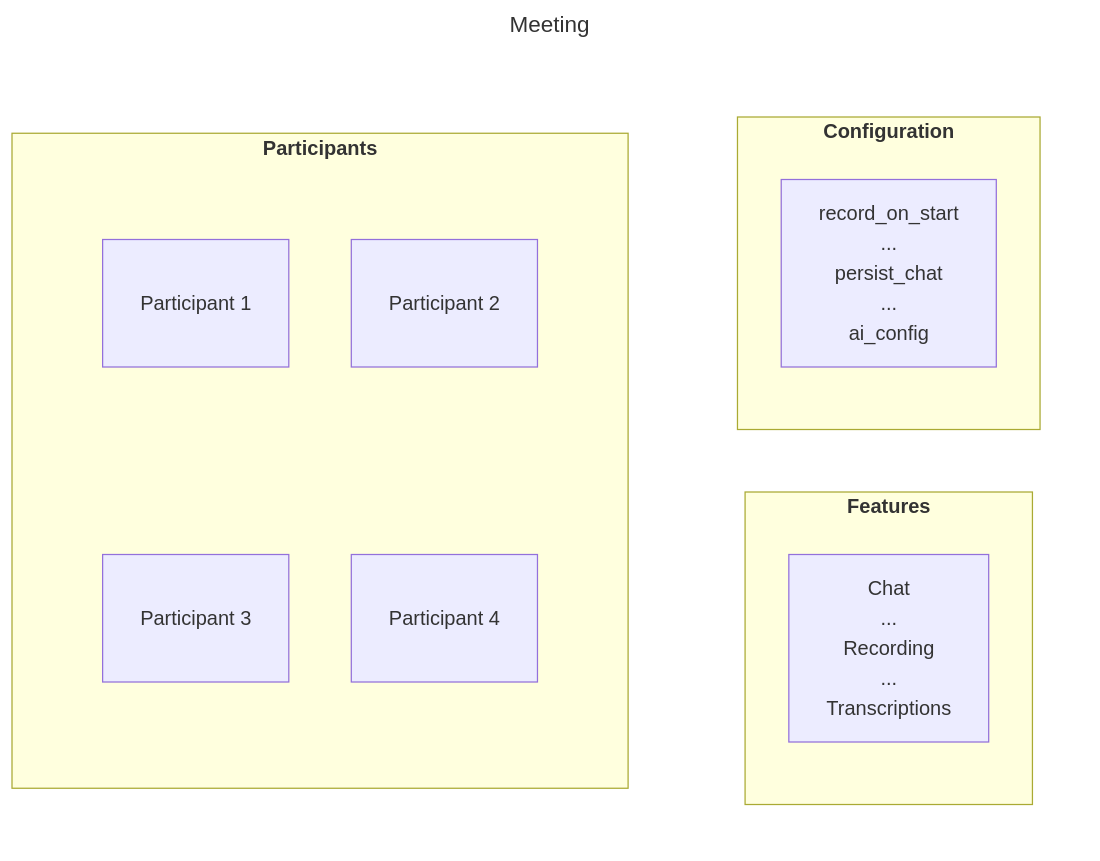
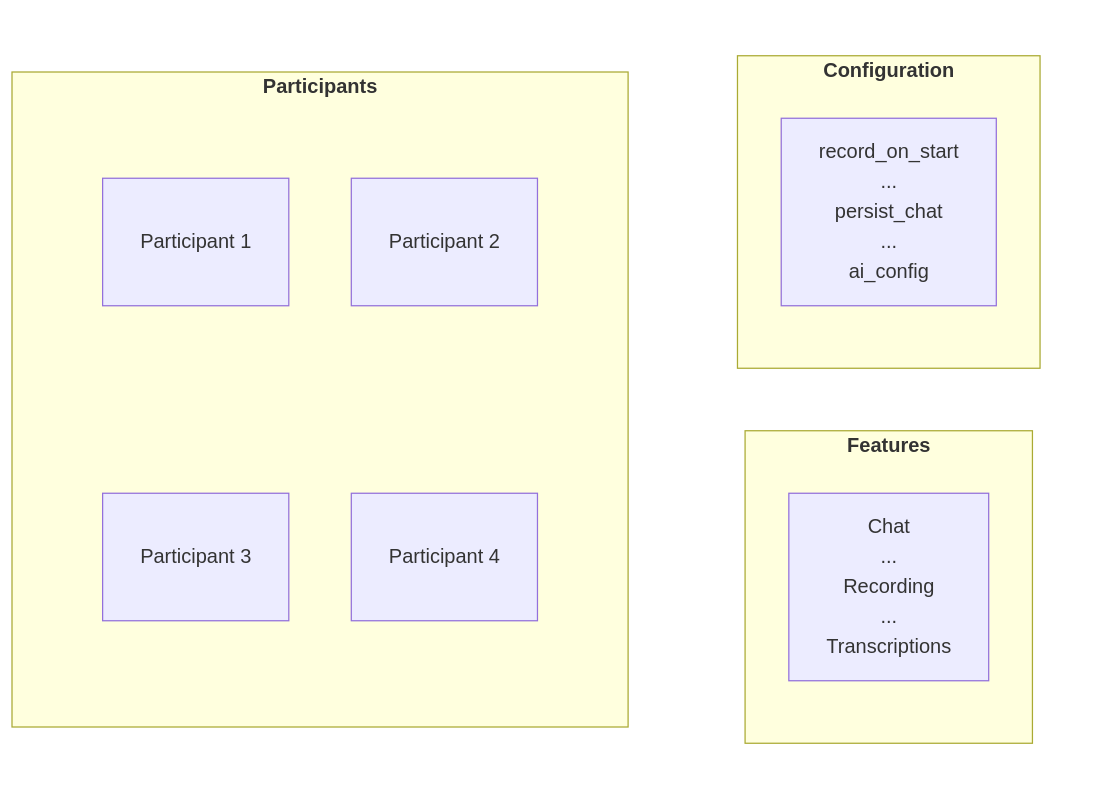
Before and after one commit to cloudflare/cloudflare-docs: the diagram in src/content/docs/realtime/realtimekit/concepts/meeting.mdx, drawn with Mermaid. The commit also changed other lines of this file and 105 other files, not shown here.

Commit message:
migrate existing mermaid diagrams to MermaidDiagram component

`````diff
--- a/src/content/docs/realtime/realtimekit/concepts/meeting.mdx
+++ b/src/content/docs/realtime/realtimekit/concepts/meeting.mdx
@@ -19,44 +20,42 @@
 ```mermaid
----
-title: Meeting
----
 flowchart TB
   accTitle: Meeting blueprint
   accDescr: Diagram showing blueprint of a Meeting
 
-  subgraph details [ ]
-      direction LR
-      subgraph feat ["<b>Features</b>"]
-          feat-content["Chat<br>...<br>Recording<br>...<br>Transcriptions"]
-      end
-      subgraph config ["<b>Configuration</b>"]
-          config-content["record_on_start<br>...<br>persist_chat<br>...<br>ai_config"]
-      end
-  end
+subgraph details [ ]
+direction LR
+subgraph feat ["<b>Features</b>"]
+feat-content["Chat<br>...<br>Recording<br>...<br>Transcriptions"]
+end
+subgraph config ["<b>Configuration</b>"]
+config-content["record_on_start<br>...<br>persist_chat<br>...<br>ai_config"]
+end
+end
 
-  subgraph participants ["<b>Participants</b>"]
-      direction LR
-      subgraph participats-row2 [ ]
-          direction TB
-          P3["<br>Participant 3
-          <br>
-          "]
-          P4["<br>Participant 4
-          <br>
-          "]
-      end
-      subgraph participats-row1 [ ]
-          direction TB
-          P1["<br>Participant 1
-          <br>
-          "]
-          P2["<br>Participant 2
-          <br>
-          "]
-      end
-  end
+subgraph participants ["<b>Participants</b>"]
+direction LR
+subgraph participats-row2 [ ]
+direction TB
+P3["<br>Participant 3
+<br>
+"]
+P4["<br>Participant 4
+<br>
+"]
+end
+subgraph participats-row1 [ ]
+direction TB
+P1["<br>Participant 1
+<br>
+"]
+P2["<br>Participant 2
+<br>
+"]
+end
+end
 
-  style participats-row1 fill:none,stroke:none
-  style participats-row2 fill:none,stroke:none
-  style details fill:none,stroke:none
-```
+style participats-row1 fill:none,stroke:none
+style participats-row2 fill:none,stroke:none
+style details fill:none,stroke:none
+
+````
`````
